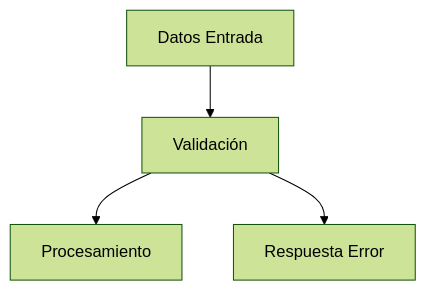
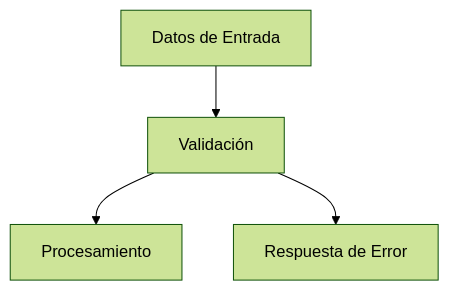
The second of 2 diagrams in docs/090_GuiaProgramacion.md (chirijose79-ui/Chiri), drawn with Mermaid (forest theme) before and after one commit. The commit also changed other lines of this file, not shown here.

````diff
--- a/docs/090_GuiaProgramacion.md
+++ b/docs/090_GuiaProgramacion.md
@@ -199,11 +186,12 @@
 ```mermaid
 flowchart TD
+
     Entrada --> Validacion
     Validacion --> Procesamiento
     Validacion --> Error
 
-    Entrada["Datos Entrada"]
+    Entrada["Datos de Entrada"]
     Validacion["Validación"]
     Procesamiento["Procesamiento"]
-    Error["Respuesta Error"]
+    Error["Respuesta de Error"]
 ```
````
